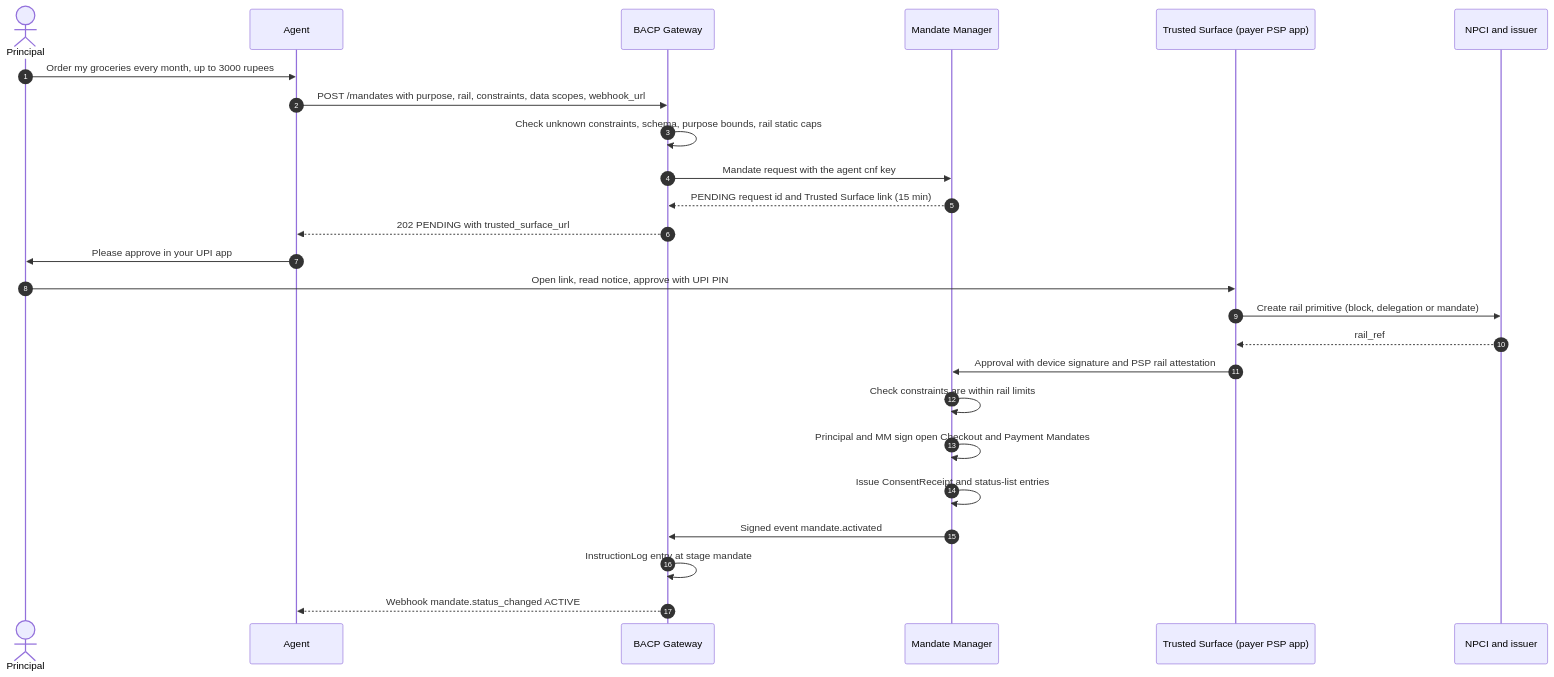
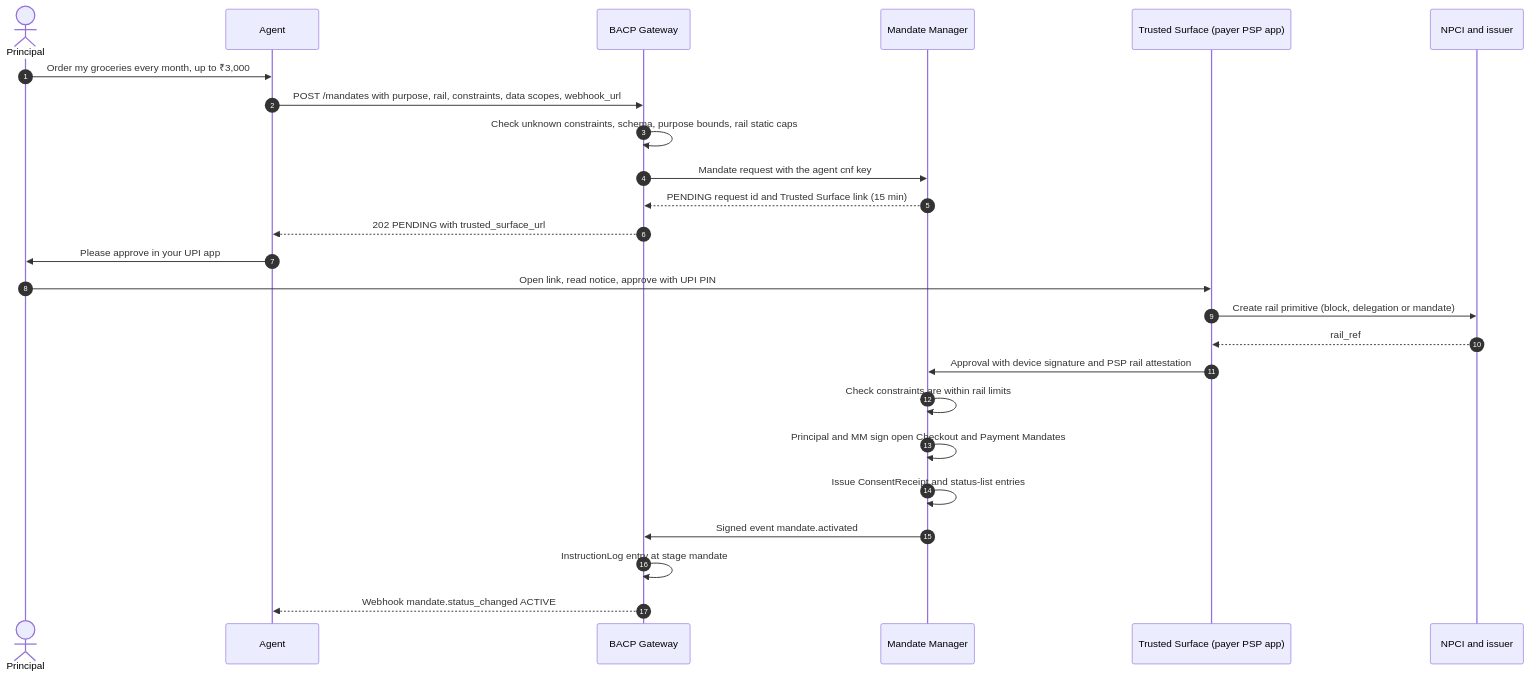
One commit to bacp-dev/bacp changed the first of 3 diagrams in docs/specification/mandates.md. Above: the diagram before and after it, drawn with Mermaid. The commit also changed other lines of this file and 63 other files, not shown here.

````diff
--- a/docs/specification/mandates.md
+++ b/docs/specification/mandates.md
@@ -203,27 +203,27 @@
 ```mermaid
 sequenceDiagram
     autonumber
     actor U as Principal
     participant A as Agent
     participant G as BACP Gateway
     participant MM as Mandate Manager
     participant TS as Trusted Surface (payer PSP app)
     participant N as NPCI and issuer
-    U->>A: Order my groceries every month, up to 3000 rupees
+    U->>A: Order my groceries every month, up to ₹3,000
     A->>G: POST /mandates with purpose, rail, constraints, data scopes, webhook_url
     G->>G: Check unknown constraints, schema, purpose bounds, rail static caps
     G->>MM: Mandate request with the agent cnf key
     MM-->>G: PENDING request id and Trusted Surface link (15 min)
     G-->>A: 202 PENDING with trusted_surface_url
     A->>U: Please approve in your UPI app
     U->>TS: Open link, read notice, approve with UPI PIN
     TS->>N: Create rail primitive (block, delegation or mandate)
     N-->>TS: rail_ref
     TS->>MM: Approval with device signature and PSP rail attestation
     MM->>MM: Check constraints are within rail limits
     MM->>MM: Principal and MM sign open Checkout and Payment Mandates
     MM->>MM: Issue ConsentReceipt and status-list entries
     MM->>G: Signed event mandate.activated
     G->>G: InstructionLog entry at stage mandate
     G-->>A: Webhook mandate.status_changed ACTIVE
 ```
````
